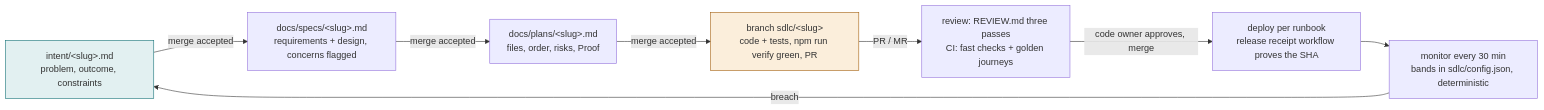
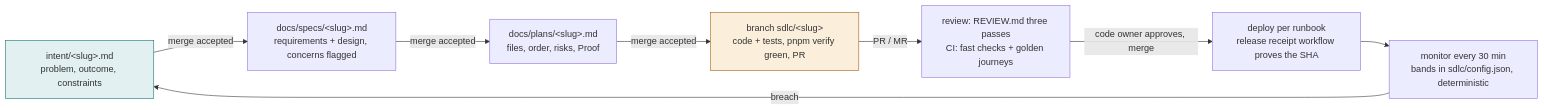
Before and after one commit to PCIRCLE-AI/memesh: the diagram in docs/sdlc/LOOP.md, drawn with Mermaid. The commit also changed other lines of this file and 3 other files, not shown here.

````diff
--- a/docs/sdlc/LOOP.md
+++ b/docs/sdlc/LOOP.md
@@ -9,12 +9,12 @@
 ```mermaid
 flowchart LR
   I["intent/&lt;slug&gt;.md<br/>problem, outcome, constraints"] -- "merge accepted" --> S["docs/specs/&lt;slug&gt;.md<br/>requirements + design, concerns flagged"]
   S -- "merge accepted" --> P["docs/plans/&lt;slug&gt;.md<br/>files, order, risks, Proof"]
-  P -- "merge accepted" --> B["branch sdlc/&lt;slug&gt;<br/>code + tests, npm run verify green, PR"]
+  P -- "merge accepted" --> B["branch sdlc/&lt;slug&gt;<br/>code + tests, pnpm verify green, PR"]
   B -- "PR / MR" --> R["review: REVIEW.md three passes<br/>CI: fast checks + golden journeys"]
   R -- "code owner approves, merge" --> D["deploy per runbook<br/>release receipt workflow proves the SHA"]
   D --> M["monitor every 30 min<br/>bands in sdlc/config.json, deterministic"]
   M -- "breach" --> I
   style I fill:#e2f0f1,stroke:#0f6e74
   style B fill:#fbeedb,stroke:#a15c0a
 ```
````
